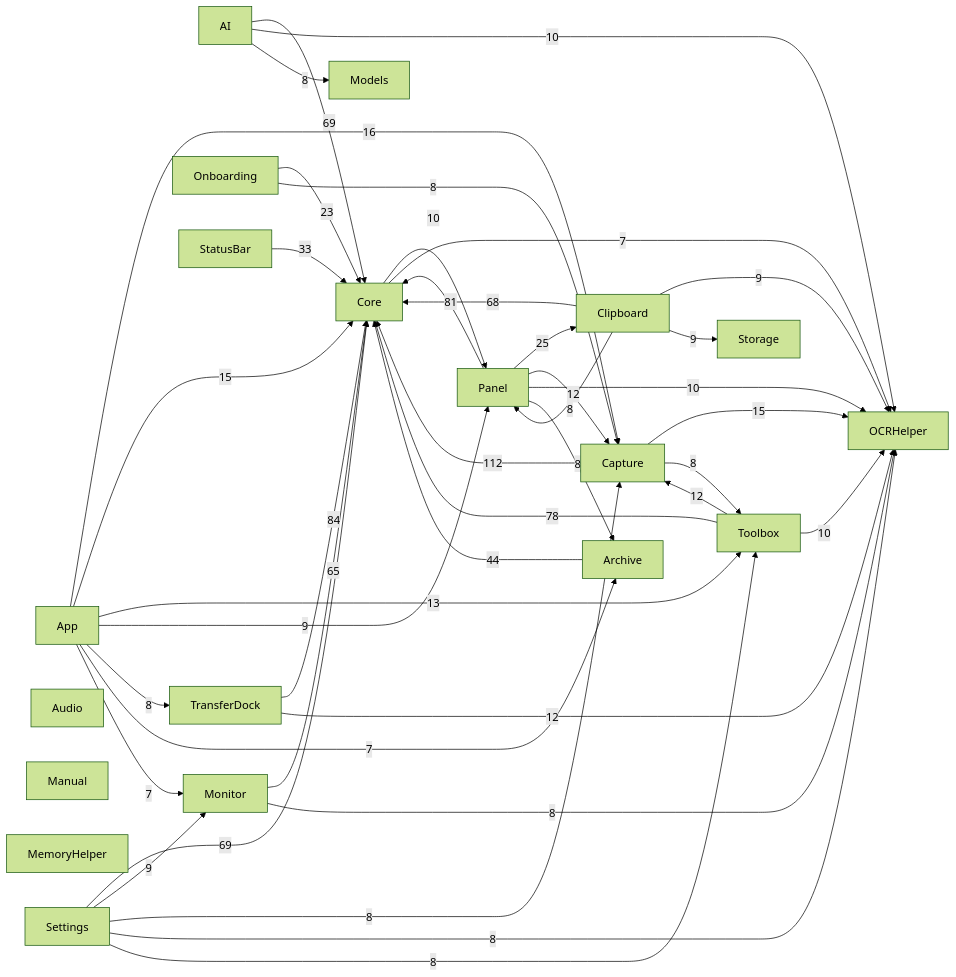
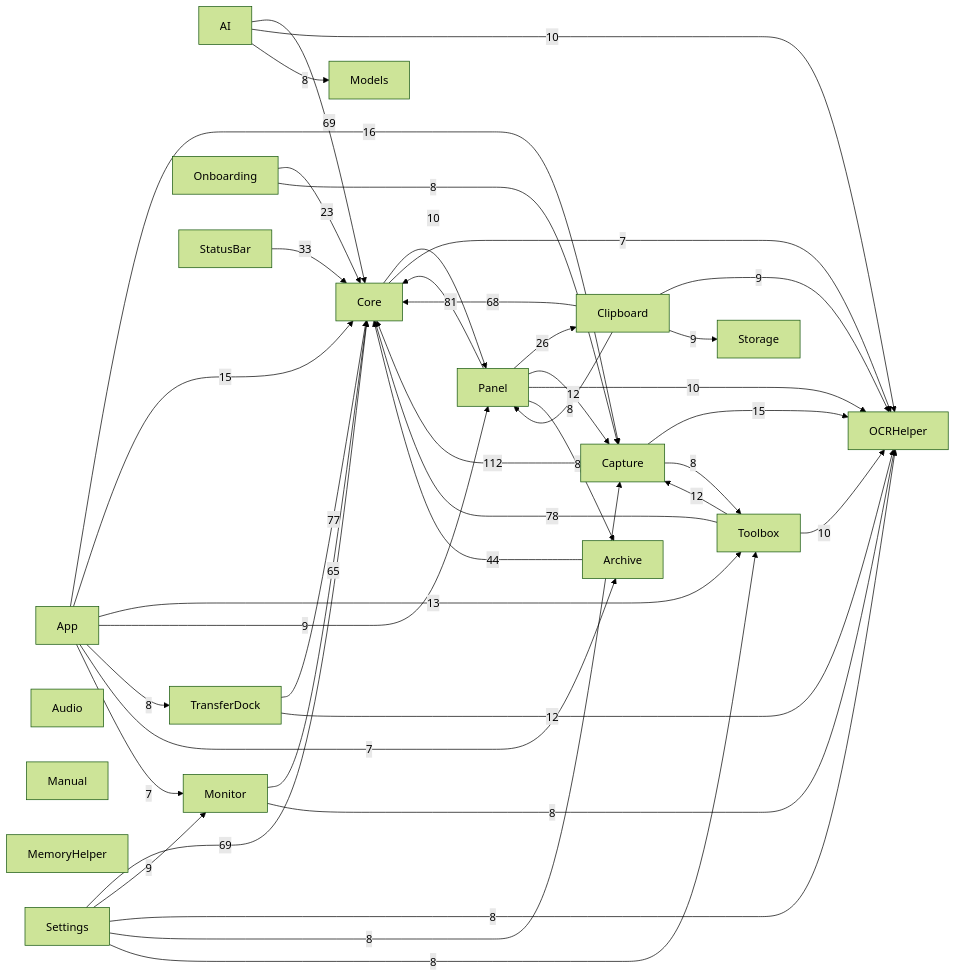
One commit to sxyq/Kitnest changed the diagram in docs/FrsetNext-模块依赖图.md. Above: the diagram before and after it, drawn with Mermaid (forest theme). The commit also changed other lines of this file and 97 other files, not shown here.

````diff
--- a/docs/FrsetNext-模块依赖图.md
+++ b/docs/FrsetNext-模块依赖图.md
@@ -31,62 +31,62 @@
 ```mermaid
 flowchart LR
   M0["AI"]
   M1["App"]
   M2["Archive"]
   M3["Audio"]
   M4["Capture"]
   M5["Clipboard"]
   M6["Core"]
   M7["Manual"]
   M8["MemoryHelper"]
   M9["Models"]
   M10["Monitor"]
   M11["OCRHelper"]
   M12["Onboarding"]
   M13["Panel"]
   M14["Settings"]
   M15["StatusBar"]
   M16["Storage"]
   M17["Toolbox"]
   M18["TransferDock"]
   M4 -->|112| M6
-  M18 -->|84| M6
   M13 -->|81| M6
   M17 -->|78| M6
+  M18 -->|77| M6
   M14 -->|69| M6
   M0 -->|69| M6
   M5 -->|68| M6
   M10 -->|65| M6
   M2 -->|44| M6
   M15 -->|33| M6
-  M13 -->|25| M5
+  M13 -->|26| M5
   M12 -->|23| M6
   M1 -->|16| M4
   M1 -->|15| M6
   M4 -->|15| M11
   M1 -->|13| M17
   M13 -->|12| M4
   M17 -->|12| M4
   M18 -->|12| M11
   M6 -->|10| M13
   M13 -->|10| M11
   M0 -->|10| M11
   M17 -->|10| M11
   M1 -->|9| M13
   M14 -->|9| M10
   M5 -->|9| M11
   M5 -->|9| M16
   M1 -->|8| M18
+  M14 -->|8| M11
   M14 -->|8| M4
-  M14 -->|8| M11
   M14 -->|8| M17
   M4 -->|8| M17
   M10 -->|8| M11
   M13 -->|8| M2
   M0 -->|8| M9
   M12 -->|8| M4
   M5 -->|8| M13
   M6 -->|7| M11
   M1 -->|7| M2
   M1 -->|7| M10
 ```
````
